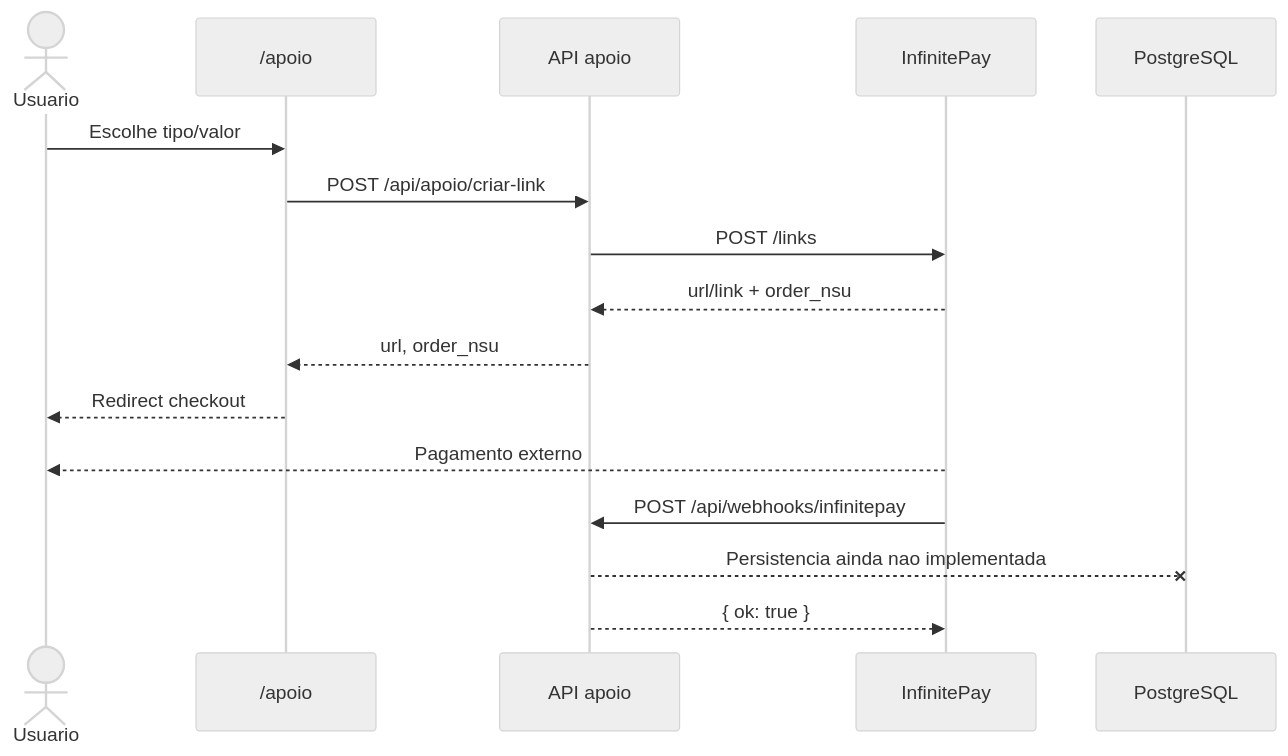
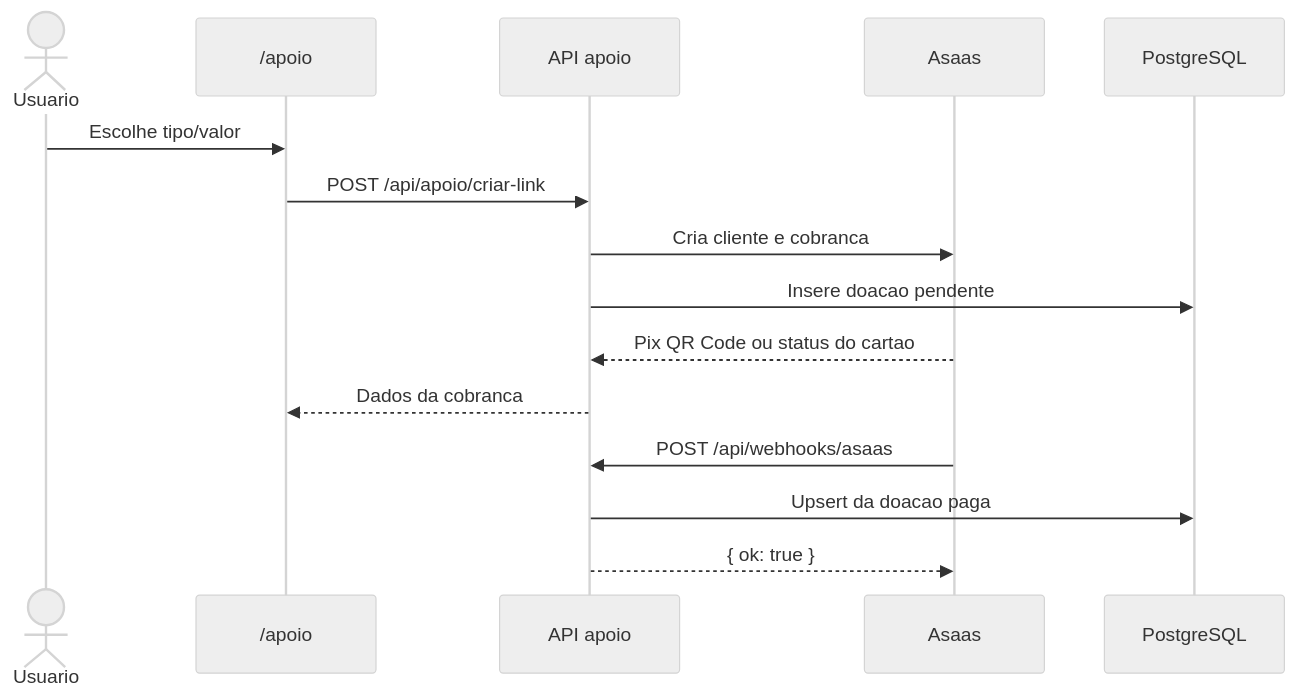
Before and after one commit to paulobolliger/meus-politicos: the second of 4 diagrams in docs/INTEGRATIONS.md, drawn with Mermaid (neutral theme). The commit also changed other lines of this file and 140 other files, not shown here.

````diff
--- a/docs/INTEGRATIONS.md
+++ b/docs/INTEGRATIONS.md
@@ -124,19 +130,18 @@
 ```mermaid
 sequenceDiagram
   actor U as Usuario
   participant SITE as /apoio
   participant API as API apoio
-  participant IP as InfinitePay
+  participant GW as Asaas
   participant DB as PostgreSQL
 
   U->>SITE: Escolhe tipo/valor
   SITE->>API: POST /api/apoio/criar-link
-  API->>IP: POST /links
-  IP-->>API: url/link + order_nsu
-  API-->>SITE: url, order_nsu
-  SITE-->>U: Redirect checkout
-  IP-->>U: Pagamento externo
-  IP->>API: POST /api/webhooks/infinitepay
-  API--x DB: Persistencia ainda nao implementada
-  API-->>IP: { ok: true }
+  API->>GW: Cria cliente e cobranca
+  API->>DB: Insere doacao pendente
+  GW-->>API: Pix QR Code ou status do cartao
+  API-->>SITE: Dados da cobranca
+  GW->>API: POST /api/webhooks/asaas
+  API->>DB: Upsert da doacao paga
+  API-->>GW: { ok: true }
 ```
````
